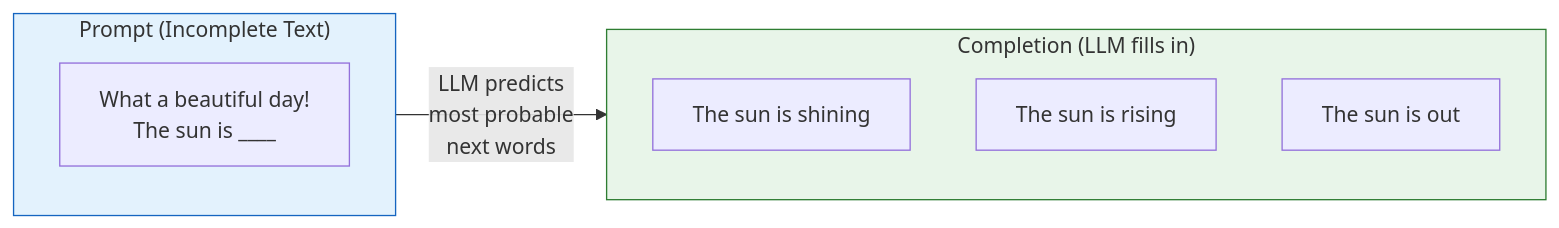
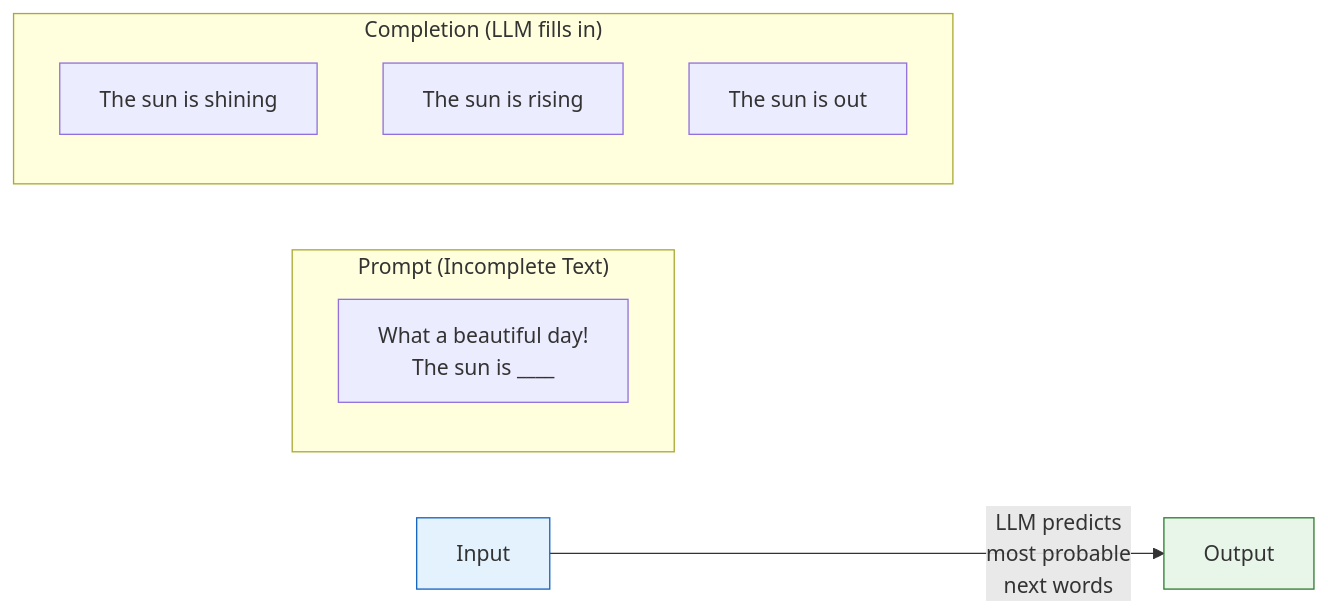
Before and after one commit to sarv-projects/study: diagram 13 of 26 in coursera_courses/RAG/module1.md, drawn with Mermaid. The commit also changed other lines of this file and 2 other files, not shown here.

````diff
--- a/coursera_courses/RAG/module1.md
+++ b/coursera_courses/RAG/module1.md
@@ -608,17 +608,17 @@
 ```mermaid
 flowchart LR
-    subgraph Input["Prompt (Incomplete Text)"]
+    subgraph Input_BOX["Prompt (Incomplete Text)"]
         I["What a beautiful day!<br/>The sun is ____"]
     end
     
-    subgraph Output["Completion (LLM fills in)"]
+    subgraph Output_BOX["Completion (LLM fills in)"]
         O1["The sun is shining"]
         O2["The sun is rising"]
         O3["The sun is out"]
     end
     
     Input -->|"LLM predicts<br/>most probable<br/>next words"| Output
     
     style Input fill:#e3f2fd,stroke:#1565c0
     style Output fill:#e8f5e9,stroke:#2e7d32
 ```
````
